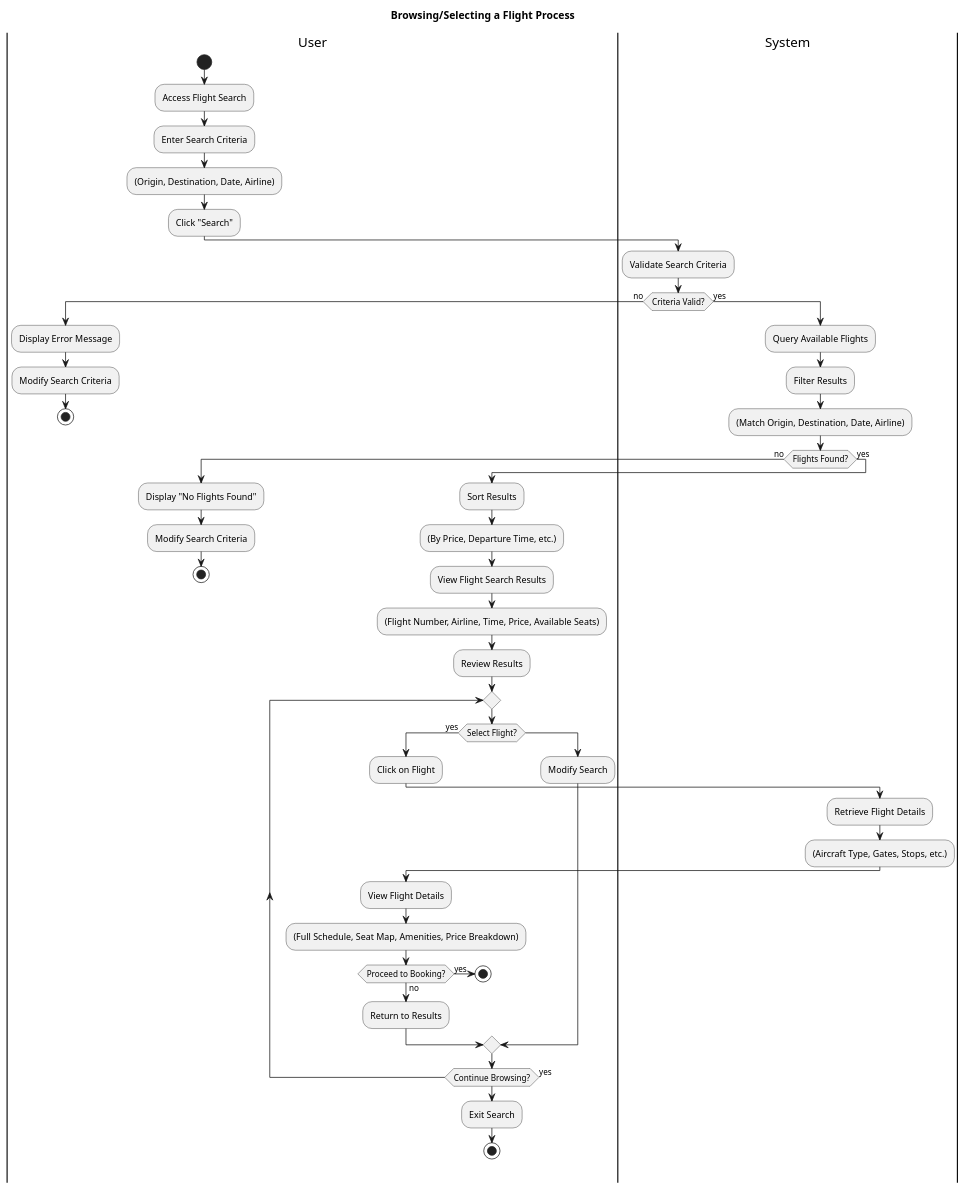
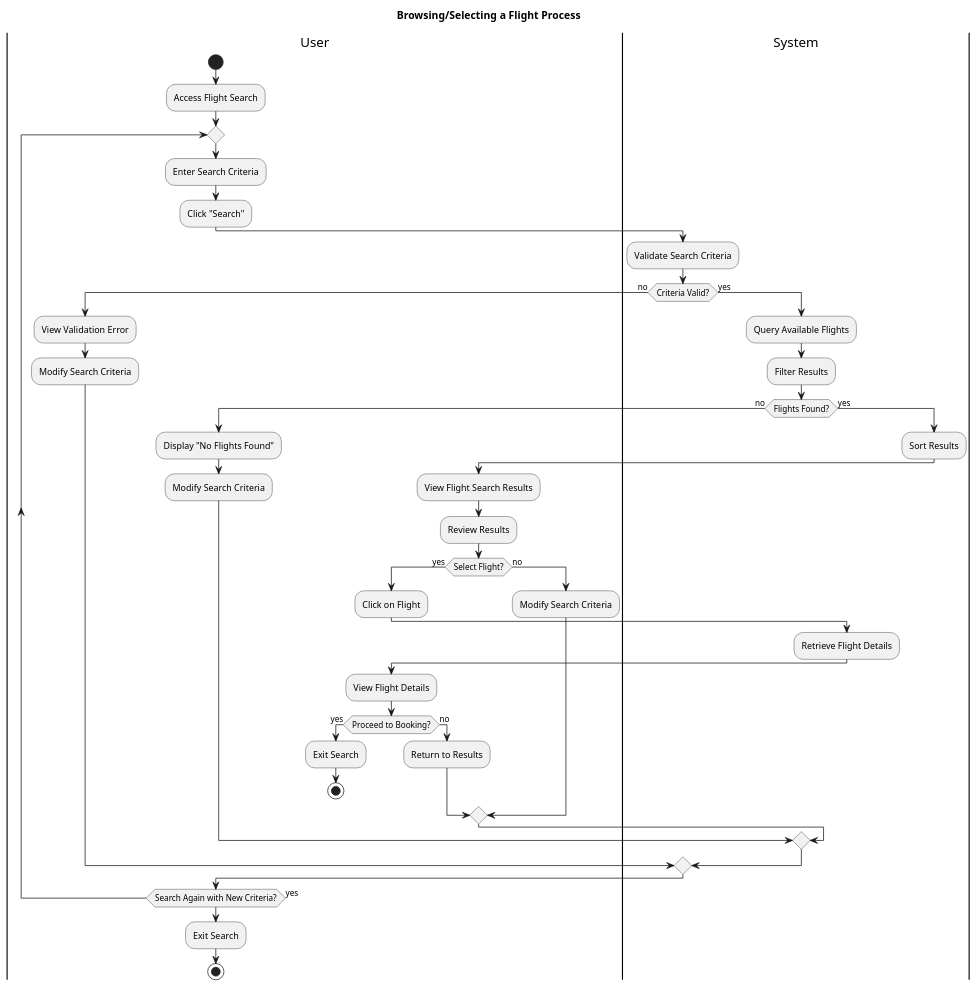
The diagram in docs/diagrams/activity/browse_select_flight.puml (camdnnn/614-Project), drawn with PlantUML before and after one commit.

Commit message:
Refactor flight browsing activity diagram

```diff
--- a/docs/diagrams/activity/browse_select_flight.puml
+++ b/docs/diagrams/activity/browse_select_flight.puml
@@ -1,59 +1,60 @@
 @startuml BrowsingFlightActivityDiagram
 title Browsing/Selecting a Flight Process
 
 |User|
 start
 :Access Flight Search;
-:Enter Search Criteria;
-:(Origin, Destination, Date, Airline);
-:Click "Search";
 
-|System|
-:Validate Search Criteria;
-if (Criteria Valid?) then (no)
-  |User|
-  :Display Error Message;
-  :Modify Search Criteria;
-  stop
-else (yes)
+' === MAIN SEARCH LOOP ===
+repeat
+  :Enter Search Criteria;
+  :Click "Search";
+
   |System|
-  :Query Available Flights;
-  :Filter Results;
-  :(Match Origin, Destination, Date, Airline);
-  if (Flights Found?) then (no)
+  :Validate Search Criteria;
+  if (Criteria Valid?) then (no)
     |User|
-    :Display "No Flights Found";
+    :View Validation Error;
     :Modify Search Criteria;
-    stop
   else (yes)
-    :Sort Results;
-    :(By Price, Departure Time, etc.);
-    |User|
-    :View Flight Search Results;
-    :(Flight Number, Airline, Time, Price, Available Seats);
-    :Review Results;
-    repeat
+    |System|
+    :Query Available Flights;
+    :Filter Results;
+
+    if (Flights Found?) then (no)
+      |User|
+      :Display "No Flights Found";
+      :Modify Search Criteria;
+    else (yes)
+      |System|
+      :Sort Results;
+      |User|
+      :View Flight Search Results;
+      :Review Results;
+
       if (Select Flight?) then (yes)
         :Click on Flight;
         |System|
         :Retrieve Flight Details;
-        :(Aircraft Type, Gates, Stops, etc.);
         |User|
         :View Flight Details;
-        :(Full Schedule, Seat Map, Amenities, Price Breakdown);
         if (Proceed to Booking?) then (yes)
+          :Exit Search;
           stop
         else (no)
           :Return to Results;
         endif
-      else
-        :Modify Search;
+      else (no)
+        :Modify Search Criteria;
       endif
-    repeat while (Continue Browsing?) is (yes)
-    |User|
-    :Exit Search;
-    stop
+
+    endif
   endif
-endif
+
+repeat while (Search Again with New Criteria?) is (yes)
+
+|User|
+:Exit Search;
+stop
 
 @enduml
```
